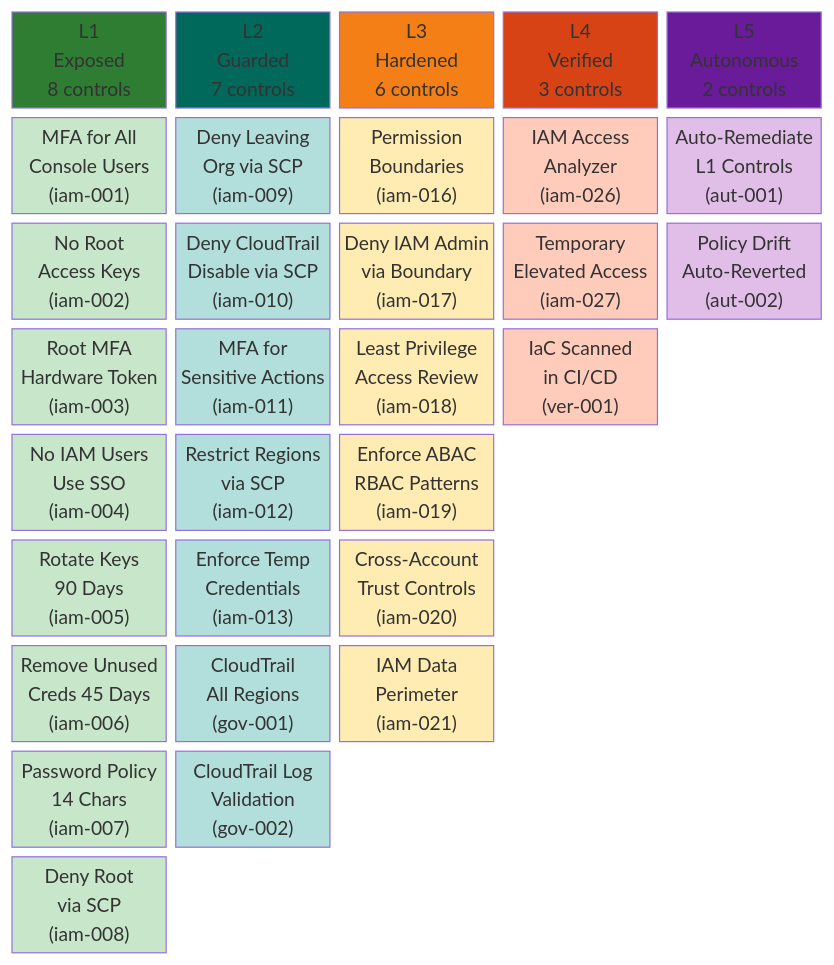
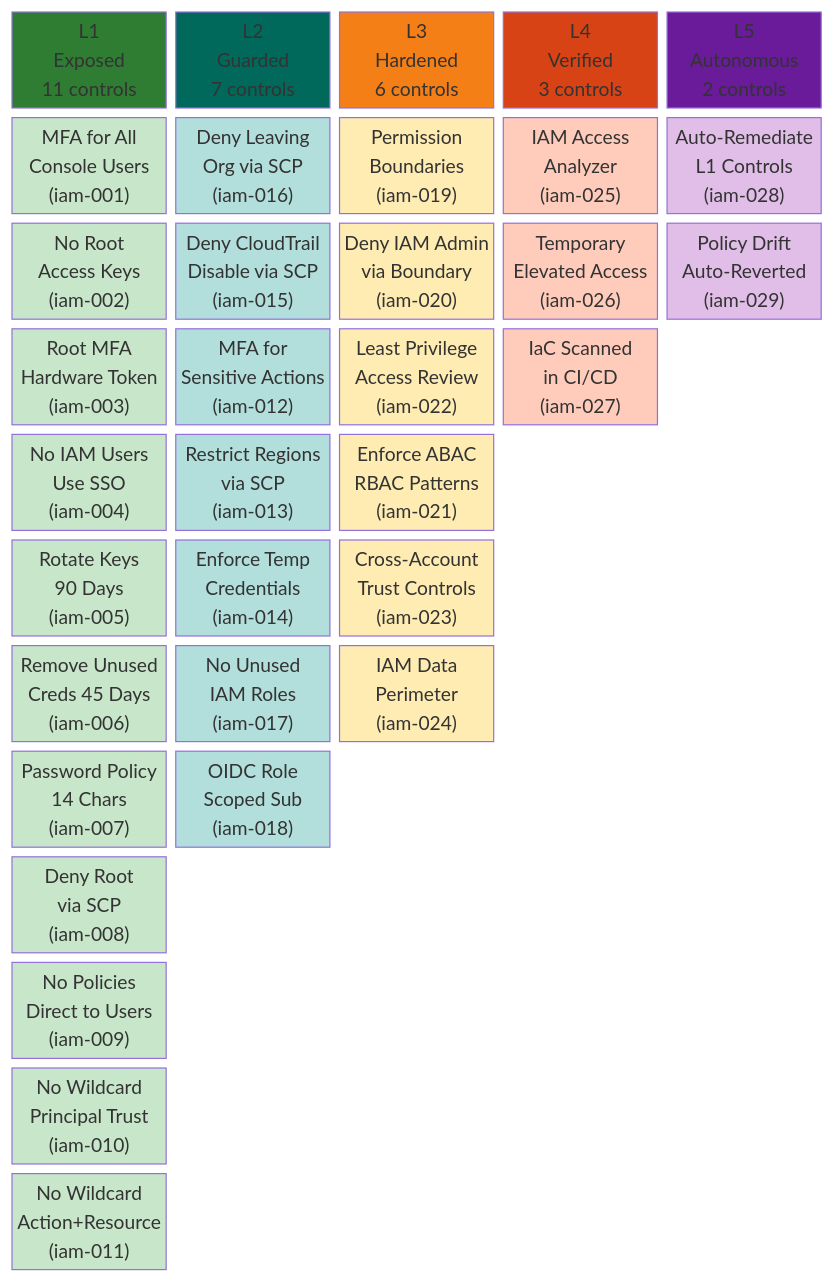
One commit to RemedySec/csmm changed the first of 2 diagrams in docs/iam-pillar.md. Above: the diagram before and after it, drawn with Mermaid. The commit also changed other lines of this file and 157 other files, not shown here.

````diff
--- a/docs/iam-pillar.md
+++ b/docs/iam-pillar.md
@@ -9,59 +9,68 @@
 ```mermaid
 block-beta
   columns 5
 
-  H1["L1\nExposed\n8 controls"]:1 H2["L2\nGuarded\n7 controls"]:1 H3["L3\nHardened\n6 controls"]:1 H4["L4\nVerified\n3 controls"]:1 H5["L5\nAutonomous\n2 controls"]:1
+  H1["L1\nExposed\n11 controls"]:1 H2["L2\nGuarded\n7 controls"]:1 H3["L3\nHardened\n6 controls"]:1 H4["L4\nVerified\n3 controls"]:1 H5["L5\nAutonomous\n2 controls"]:1
 
-  A1["MFA for All\nConsole Users\n(iam-001)"]:1 A2["Deny Leaving\nOrg via SCP\n(iam-009)"]:1 A3["Permission\nBoundaries\n(iam-016)"]:1 A4["IAM Access\nAnalyzer\n(iam-026)"]:1 A5["Auto-Remediate\nL1 Controls\n(aut-001)"]:1
+  A1["MFA for All\nConsole Users\n(iam-001)"]:1 A2["Deny Leaving\nOrg via SCP\n(iam-016)"]:1 A3["Permission\nBoundaries\n(iam-019)"]:1 A4["IAM Access\nAnalyzer\n(iam-025)"]:1 A5["Auto-Remediate\nL1 Controls\n(iam-028)"]:1
 
-  B1["No Root\nAccess Keys\n(iam-002)"]:1 B2["Deny CloudTrail\nDisable via SCP\n(iam-010)"]:1 B3["Deny IAM Admin\nvia Boundary\n(iam-017)"]:1 B4["Temporary\nElevated Access\n(iam-027)"]:1 B5["Policy Drift\nAuto-Reverted\n(aut-002)"]:1
+  B1["No Root\nAccess Keys\n(iam-002)"]:1 B2["Deny CloudTrail\nDisable via SCP\n(iam-015)"]:1 B3["Deny IAM Admin\nvia Boundary\n(iam-020)"]:1 B4["Temporary\nElevated Access\n(iam-026)"]:1 B5["Policy Drift\nAuto-Reverted\n(iam-029)"]:1
 
-  C1["Root MFA\nHardware Token\n(iam-003)"]:1 C2["MFA for\nSensitive Actions\n(iam-011)"]:1 C3["Least Privilege\nAccess Review\n(iam-018)"]:1 C4["IaC Scanned\nin CI/CD\n(ver-001)"]:1 space:1
+  C1["Root MFA\nHardware Token\n(iam-003)"]:1 C2["MFA for\nSensitive Actions\n(iam-012)"]:1 C3["Least Privilege\nAccess Review\n(iam-022)"]:1 C4["IaC Scanned\nin CI/CD\n(iam-027)"]:1 space:1
 
-  D1["No IAM Users\nUse SSO\n(iam-004)"]:1 D2["Restrict Regions\nvia SCP\n(iam-012)"]:1 D3["Enforce ABAC\nRBAC Patterns\n(iam-019)"]:1 space:1 space:1
+  D1["No IAM Users\nUse SSO\n(iam-004)"]:1 D2["Restrict Regions\nvia SCP\n(iam-013)"]:1 D3["Enforce ABAC\nRBAC Patterns\n(iam-021)"]:1 space:1 space:1
 
-  E1["Rotate Keys\n90 Days\n(iam-005)"]:1 E2["Enforce Temp\nCredentials\n(iam-013)"]:1 E3["Cross-Account\nTrust Controls\n(iam-020)"]:1 space:1 space:1
+  E1["Rotate Keys\n90 Days\n(iam-005)"]:1 E2["Enforce Temp\nCredentials\n(iam-014)"]:1 E3["Cross-Account\nTrust Controls\n(iam-023)"]:1 space:1 space:1
 
-  F1["Remove Unused\nCreds 45 Days\n(iam-006)"]:1 F2["CloudTrail\nAll Regions\n(gov-001)"]:1 F3["IAM Data\nPerimeter\n(iam-021)"]:1 space:1 space:1
+  F1["Remove Unused\nCreds 45 Days\n(iam-006)"]:1 F2["No Unused\nIAM Roles\n(iam-017)"]:1 F3["IAM Data\nPerimeter\n(iam-024)"]:1 space:1 space:1
 
-  G1["Password Policy\n14 Chars\n(iam-007)"]:1 G2["CloudTrail Log\nValidation\n(gov-002)"]:1 space:1 space:1 space:1
+  G1["Password Policy\n14 Chars\n(iam-007)"]:1 G2["OIDC Role\nScoped Sub\n(iam-018)"]:1 space:1 space:1 space:1
 
   I1["Deny Root\nvia SCP\n(iam-008)"]:1 space:1 space:1 space:1 space:1
+
+  J1["No Policies\nDirect to Users\n(iam-009)"]:1 space:1 space:1 space:1 space:1
+
+  K1["No Wildcard\nPrincipal Trust\n(iam-010)"]:1 space:1 space:1 space:1 space:1
+
+  L1["No Wildcard\nAction+Resource\n(iam-011)"]:1 space:1 space:1 space:1 space:1
 
   style H1 fill:#2e7d32,color:#fff
   style H2 fill:#00695c,color:#fff
   style H3 fill:#f57f17,color:#fff
   style H4 fill:#d84315,color:#fff
   style H5 fill:#6a1b9a,color:#fff
 
   style A1 fill:#c8e6c9,color:#1b5e20
   style B1 fill:#c8e6c9,color:#1b5e20
   style C1 fill:#c8e6c9,color:#1b5e20
   style D1 fill:#c8e6c9,color:#1b5e20
   style E1 fill:#c8e6c9,color:#1b5e20
   style F1 fill:#c8e6c9,color:#1b5e20
   style G1 fill:#c8e6c9,color:#1b5e20
   style I1 fill:#c8e6c9,color:#1b5e20
+  style J1 fill:#c8e6c9,color:#1b5e20
+  style K1 fill:#c8e6c9,color:#1b5e20
+  style L1 fill:#c8e6c9,color:#1b5e20
 
   style A2 fill:#b2dfdb,color:#004d40
   style B2 fill:#b2dfdb,color:#004d40
   style C2 fill:#b2dfdb,color:#004d40
   style D2 fill:#b2dfdb,color:#004d40
   style E2 fill:#b2dfdb,color:#004d40
   style F2 fill:#b2dfdb,color:#004d40
   style G2 fill:#b2dfdb,color:#004d40
 
   style A3 fill:#ffecb3,color:#e65100
   style B3 fill:#ffecb3,color:#e65100
   style C3 fill:#ffecb3,color:#e65100
   style D3 fill:#ffecb3,color:#e65100
   style E3 fill:#ffecb3,color:#e65100
   style F3 fill:#ffecb3,color:#e65100
 
   style A4 fill:#ffccbc,color:#bf360c
   style B4 fill:#ffccbc,color:#bf360c
   style C4 fill:#ffccbc,color:#bf360c
 
   style A5 fill:#e1bee7,color:#4a148c
   style B5 fill:#e1bee7,color:#4a148c
 ```
````
